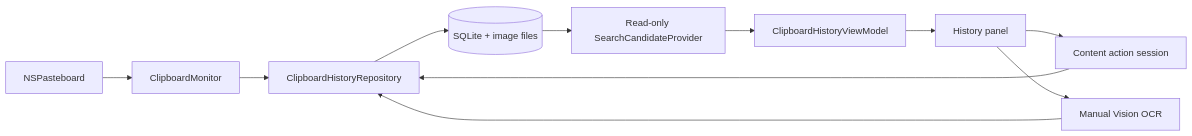
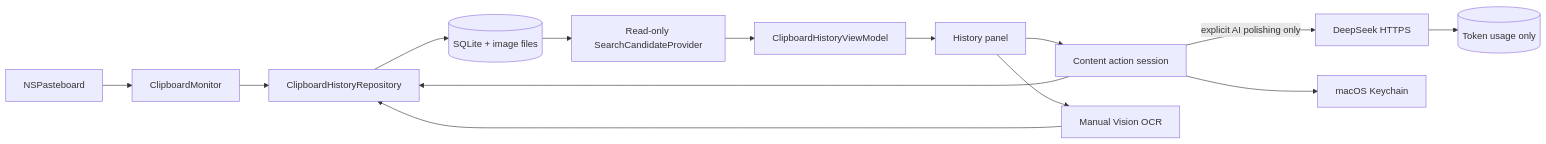
Before and after one commit to peibinliang/MacPasteHistory: the first of 3 diagrams in docs/architecture/overall-architecture.md, drawn with Mermaid. The commit also changed other lines of this file and 64 other files, not shown here.

````diff
--- a/docs/architecture/overall-architecture.md
+++ b/docs/architecture/overall-architecture.md
@@ -5,13 +5,16 @@
 ```mermaid
 flowchart LR
     PB[NSPasteboard] --> MON[ClipboardMonitor]
     MON --> REP[ClipboardHistoryRepository]
     REP --> DB[(SQLite + image files)]
     DB --> SEARCH[Read-only SearchCandidateProvider]
     SEARCH --> VM[ClipboardHistoryViewModel]
     VM --> PANEL[History panel]
     PANEL --> ACTION[Content action session]
     ACTION --> REP
+    ACTION -->|explicit AI polishing only| AI[DeepSeek HTTPS]
+    AI --> TOKEN[(Token usage only)]
+    ACTION --> KEY[macOS Keychain]
     PANEL --> OCR[Manual Vision OCR]
     OCR --> REP
 ```
````
